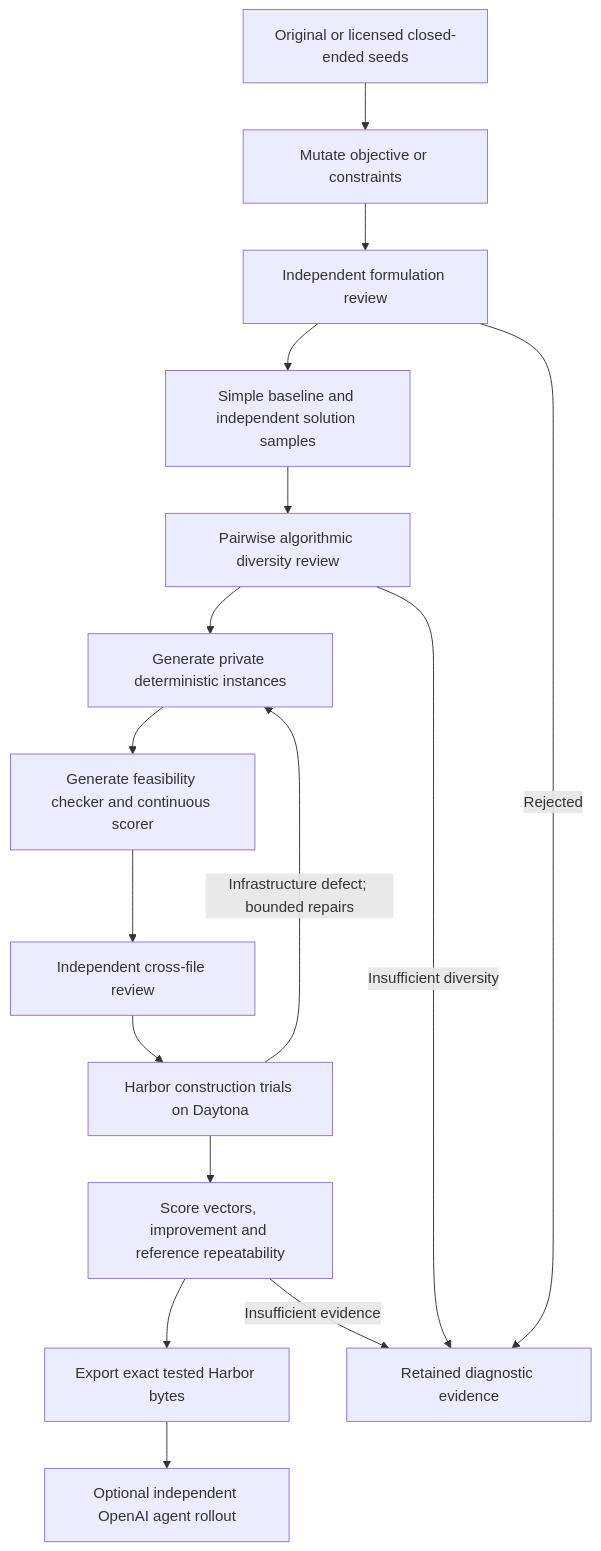
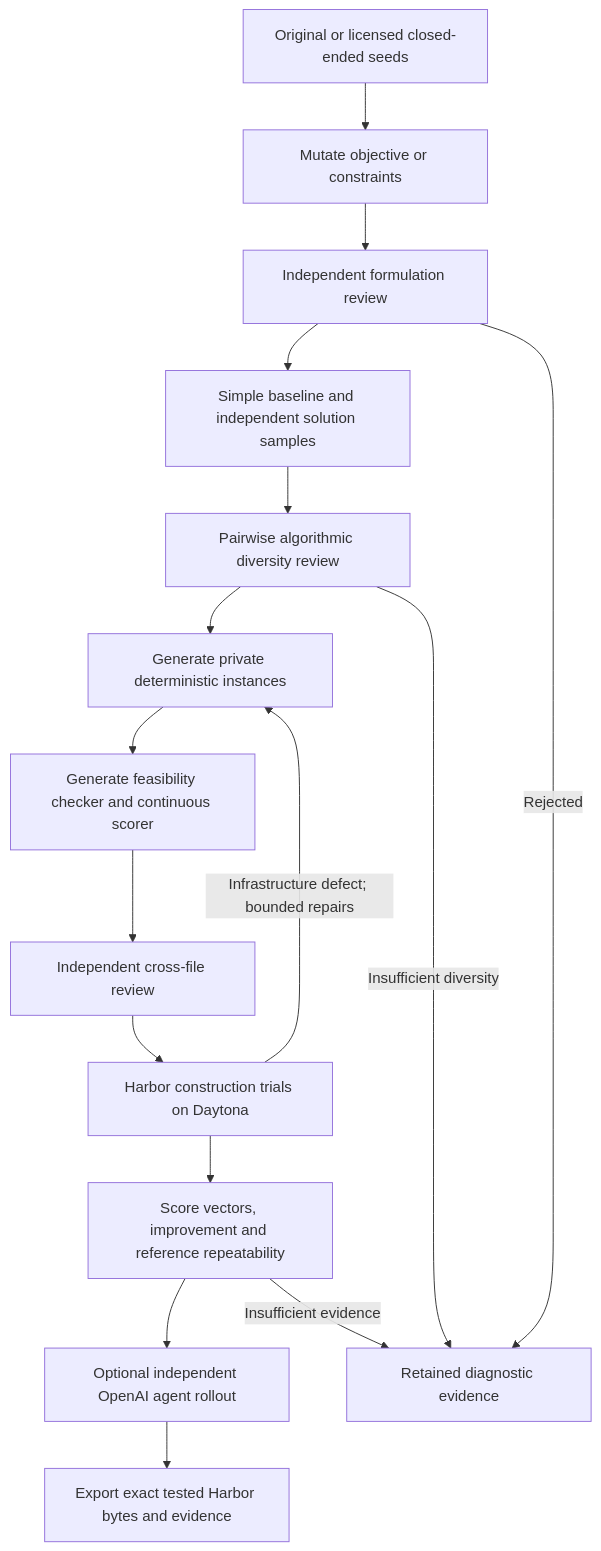
The diagram in docs/rfcs/0032-frontiersmith-recipe.md (huggingface/Repo2RLEnv), drawn with Mermaid before and after one commit. The commit also changed other lines of this file and 2 other files, not shown here.

Commit message:
docs(frontiersmith): document collection curation and scale accounting

````diff
--- a/docs/rfcs/0032-frontiersmith-recipe.md
+++ b/docs/rfcs/0032-frontiersmith-recipe.md
@@ -26,18 +26,18 @@
 ```mermaid
 flowchart TD
     S[Original or licensed closed-ended seeds] --> M[Mutate objective or constraints]
     M --> F[Independent formulation review]
     F --> B[Simple baseline and independent solution samples]
     B --> D[Pairwise algorithmic diversity review]
     D --> G[Generate private deterministic instances]
     G --> V[Generate feasibility checker and continuous scorer]
     V --> R[Independent cross-file review]
     R --> H[Harbor construction trials on Daytona]
     H --> C[Score vectors, improvement and reference repeatability]
     H -->|Infrastructure defect; bounded repairs| G
-    C --> E[Export exact tested Harbor bytes]
-    E --> L[Optional independent OpenAI agent rollout]
+    C --> L[Optional independent OpenAI agent rollout]
+    L --> E[Export exact tested Harbor bytes and evidence]
     F -->|Rejected| X[Retained diagnostic evidence]
     D -->|Insufficient diversity| X
     C -->|Insufficient evidence| X
 ```
````
